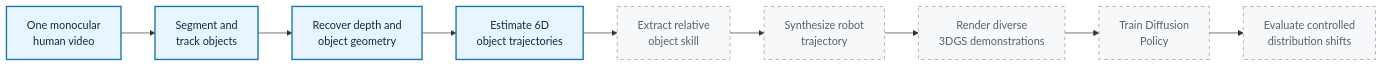
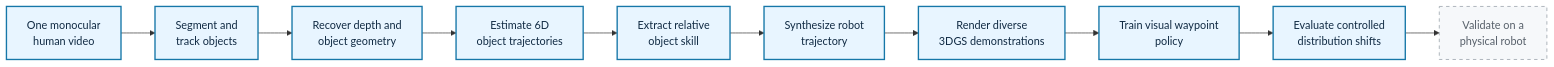
Before and after one commit to phongviet/OneVideo2Policy-From-one-human-video-to-robust-robot-manipulation-data: the diagram in README.md, drawn with Mermaid. The commit also changed other lines of this file and 29 other files, not shown here.

````diff
--- a/README.md
+++ b/README.md
@@ -49,16 +49,17 @@
 ```mermaid
 flowchart LR
     A[One monocular<br/>human video] --> B[Segment and<br/>track objects]
     B --> C[Recover depth and<br/>object geometry]
     C --> D[Estimate 6D<br/>object trajectories]
     D --> E[Extract relative<br/>object skill]
     E --> F[Synthesize robot<br/>trajectory]
     F --> G[Render diverse<br/>3DGS demonstrations]
-    G --> H[Train Diffusion<br/>Policy]
+    G --> H[Train visual waypoint<br/>policy]
     H --> I[Evaluate controlled<br/>distribution shifts]
+    I --> J[Validate on a<br/>physical robot]
 
     classDef active fill:#e8f5ff,stroke:#1677a8,stroke-width:2px,color:#102a43;
     classDef future fill:#f6f8fa,stroke:#8c959f,stroke-dasharray:5 5,color:#57606a;
-    class A,B,C,D active;
-    class E,F,G,H,I future;
+    class A,B,C,D,E,F,G,H,I active;
+    class J future;
 ```
````
